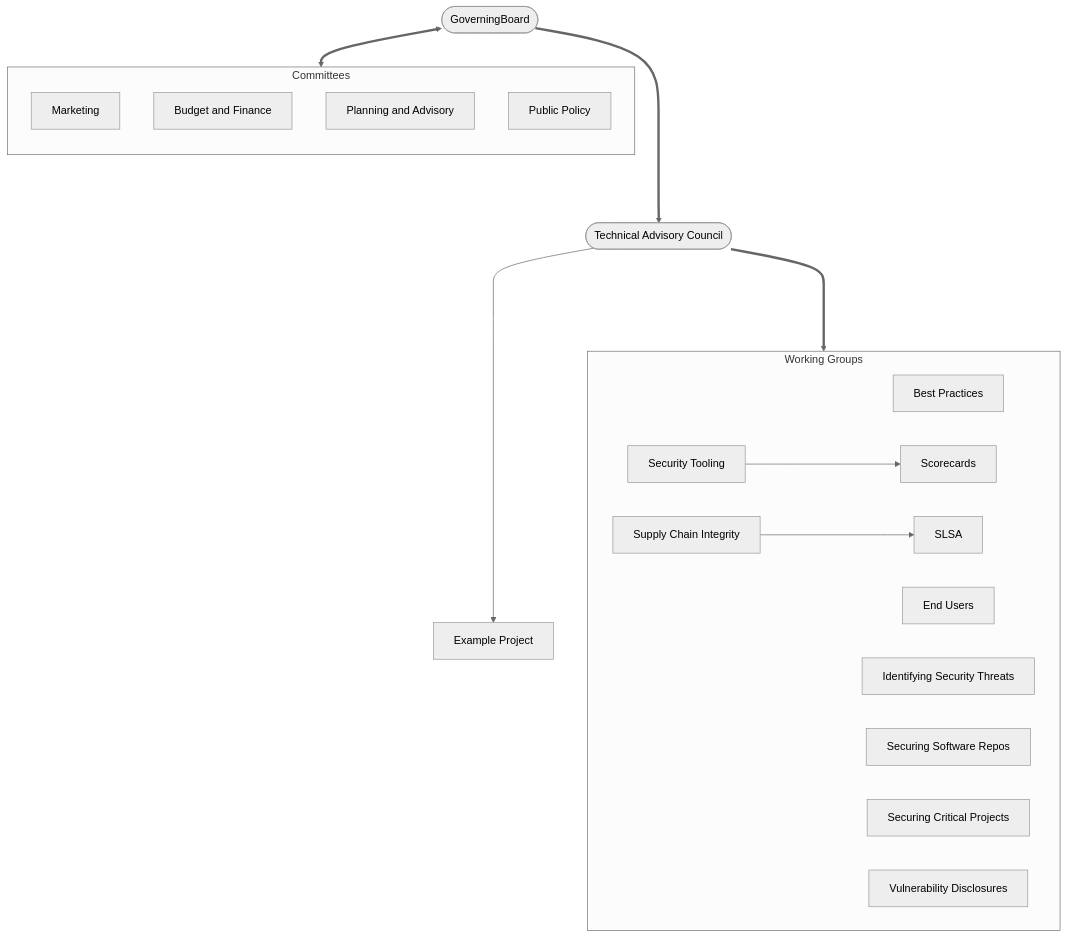
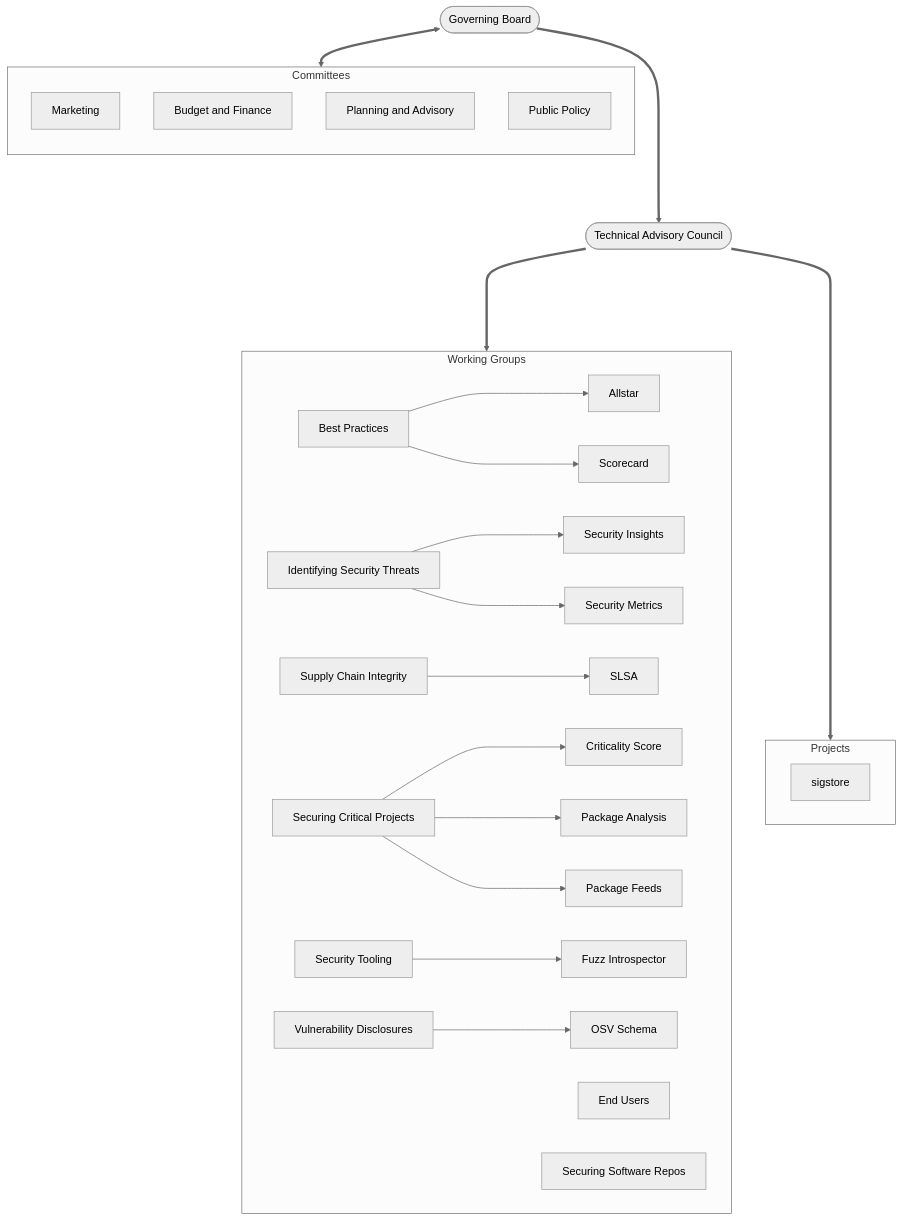
The diagram in organizational-structure-overview.md (ossf/tac), drawn with Mermaid (neutral theme) before and after one commit. The commit also changed other lines of this file and 1 other file, not shown here.

Commit message:
update project table and remove qualifier on sigstore status

````diff
--- a/organizational-structure-overview.md
+++ b/organizational-structure-overview.md
@@ -51,31 +51,42 @@
 ```mermaid
 flowchart TB
-    A([GoverningBoard])
+    A([Governing Board])
 
     subgraph subC[Committees]
         direction TB
         Market[Marketing]
         Budget[Budget and Finance]
         Plan[Planning and Advisory]
         Policy[Public Policy]
     end
     A <==> subC
     A ====> B([Technical Advisory Council])
 
     subgraph subWG[Working Groups]
         BP[Best Practices]
         EU[End Users]
         IST[Identifying Security Threats]
         REP[Securing Software Repos]
         SCI[Supply Chain Integrity]
         SCP[Securing Critical Projects]
         ST[Security Tooling]
         VD[Vulnerability Disclosures]
 
-        ST ---> P2[Scorecards]
-        SCI ---> P3[SLSA]
+        BP ---> Allstar[Allstar]
+        BP ---> Scorecard[Scorecard]
+        IST ---> SecurityInsights[Security Insights]
+        IST ---> SecurityMetrics[Security Metrics]
+        SCI ---> SLSA[SLSA]
+        SCP ---> CriticalityScore[Criticality Score]
+        SCP ---> PackageAnalysis[Package Analysis]
+        SCP ---> PackageFeeds[Package Feeds]
+        ST ---> FuzzIntrospector[Fuzz Introspector]
+        VD ---> OSV[OSV Schema]
     end
     B ====> subWG
 
-    B ----> P1[Example Project]
+    subgraph projects[Projects]
+       SS[sigstore]
+    end
+    B ====> projects
 ```
````
